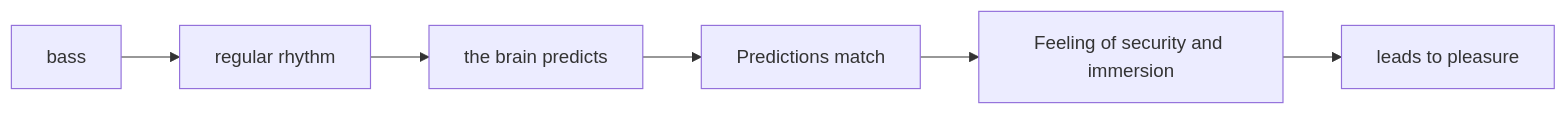
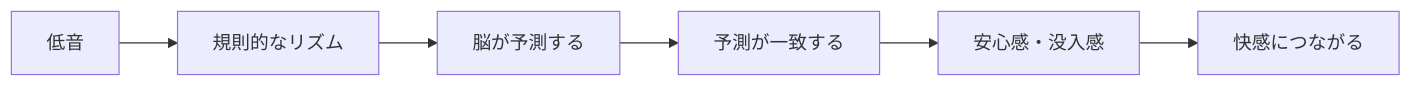
The third of 10 diagrams in en/_posts/2026-08-01-column-why-bass-feels-good.md (monumental-movement/monumental-movement.github.io), drawn with Mermaid before and after one commit. The commit also changed other lines of this file and 2196 other files, not shown here.

```diff
--- a/en/_posts/2026-08-01-column-why-bass-feels-good.md
+++ b/en/_posts/2026-08-01-column-why-bass-feels-good.md
@@ -294,14 +294,14 @@
 <div class="mermaid">
 flowchart LR
 
-A[bass]
--->B[regular rhythm]
+A[低音]
+-->B[規則的なリズム]
 
-B-->C[the brain predicts]
+B-->C[脳が予測する]
 
-C-->D[Predictions match]
+C-->D[予測が一致する]
 
-D-->E[Feeling of security and immersion]
+D-->E[安心感・没入感]
 
-E-->F[leads to pleasure]
+E-->F[快感につながる]
 </div>
```
